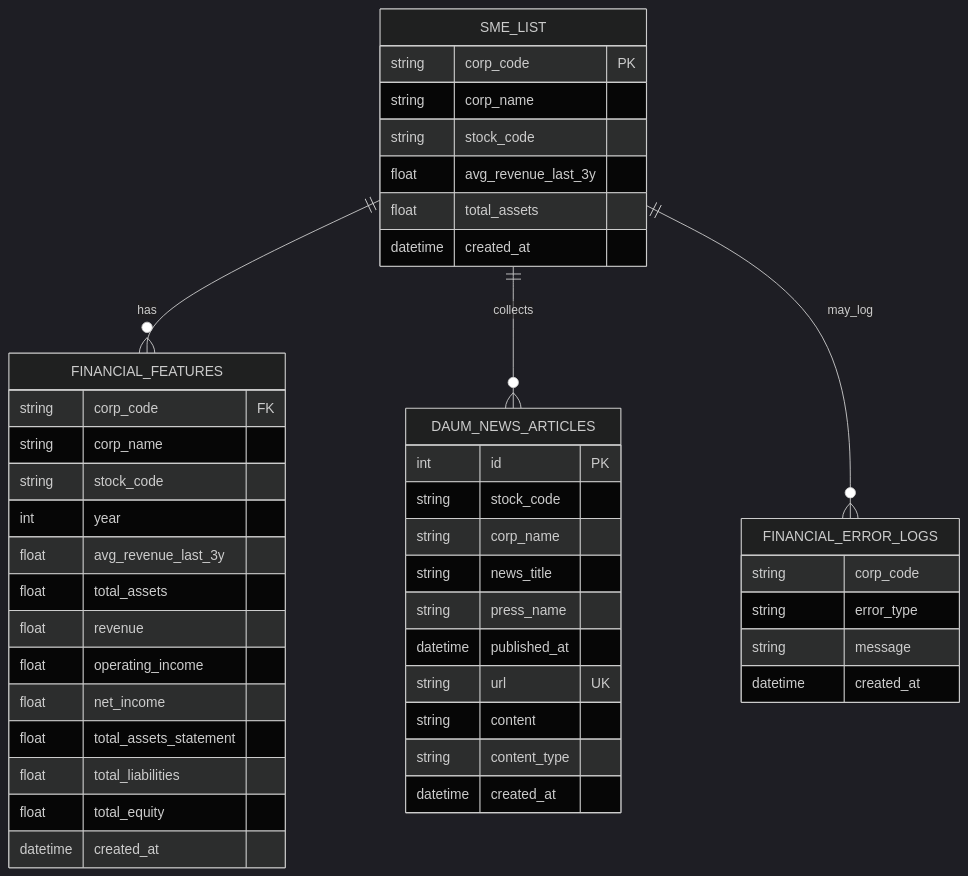
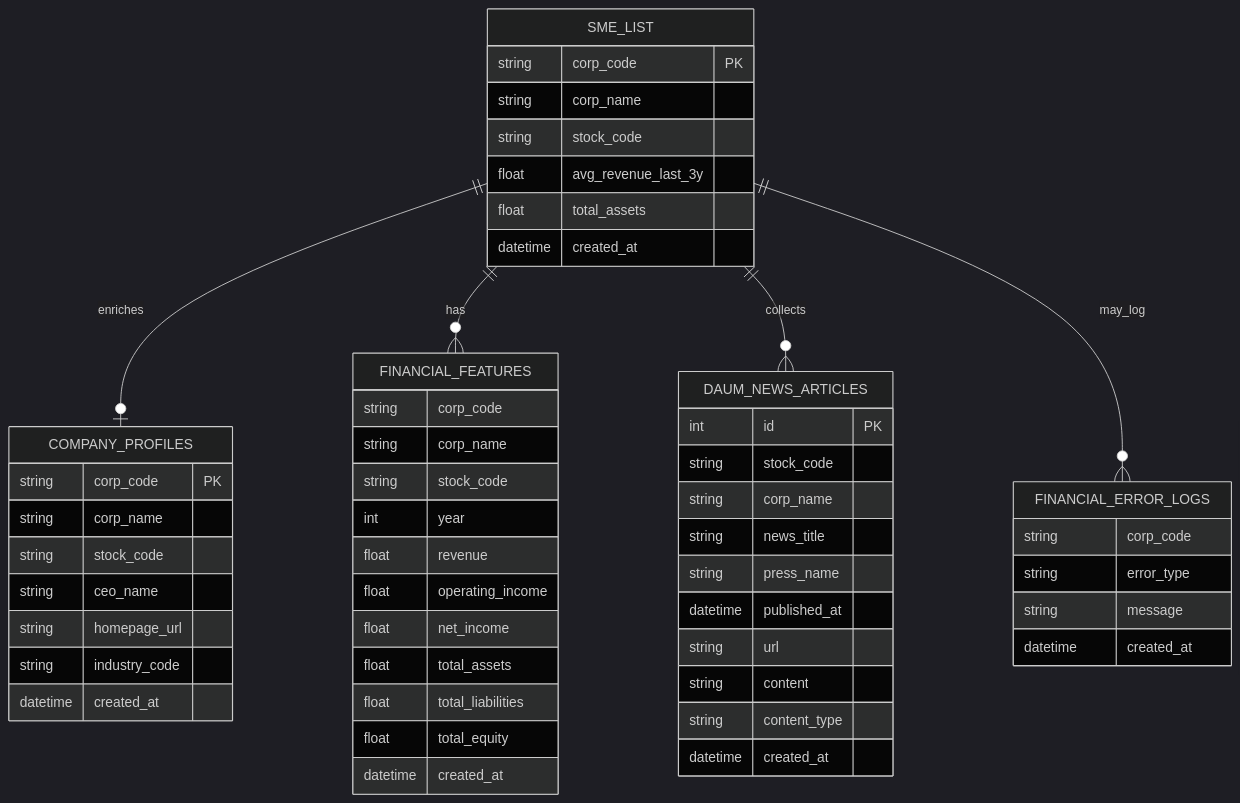
The diagram in docs/design/erd.md (hypoxisaurea/FinAgent-SME), drawn with Mermaid (dark theme) before and after one commit. The commit also changed other lines of this file and 16 other files, not shown here.

````diff
--- a/docs/design/erd.md
+++ b/docs/design/erd.md
@@ -10,51 +10,60 @@
 ```mermaid
 erDiagram
+    SME_LIST ||--o| COMPANY_PROFILES : enriches
     SME_LIST ||--o{ FINANCIAL_FEATURES : has
     SME_LIST ||--o{ DAUM_NEWS_ARTICLES : collects
     SME_LIST ||--o{ FINANCIAL_ERROR_LOGS : may_log
 
     SME_LIST {
         string corp_code PK
         string corp_name
         string stock_code
         float avg_revenue_last_3y
         float total_assets
         datetime created_at
     }
 
+    COMPANY_PROFILES {
+        string corp_code PK
+        string corp_name
+        string stock_code
+        string ceo_name
+        string homepage_url
+        string industry_code
+        datetime created_at
+    }
+
     FINANCIAL_FEATURES {
-        string corp_code FK
+        string corp_code
         string corp_name
         string stock_code
         int year
-        float avg_revenue_last_3y
-        float total_assets
         float revenue
         float operating_income
         float net_income
-        float total_assets_statement
+        float total_assets
         float total_liabilities
         float total_equity
         datetime created_at
     }
 
     DAUM_NEWS_ARTICLES {
         int id PK
         string stock_code
         string corp_name
         string news_title
         string press_name
         datetime published_at
-        string url UK
+        string url
         string content
         string content_type
         datetime created_at
     }
 
     FINANCIAL_ERROR_LOGS {
         string corp_code
         string error_type
         string message
         datetime created_at
     }
 ```
````
